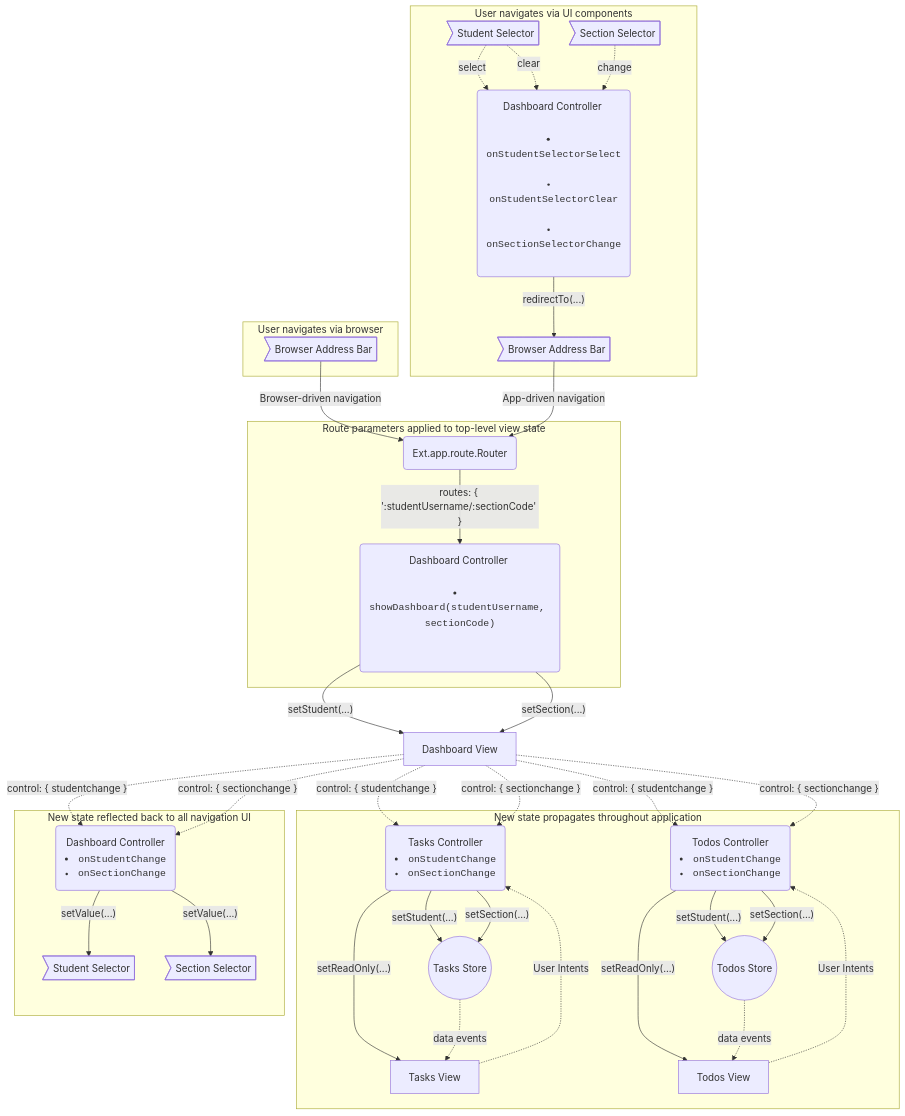
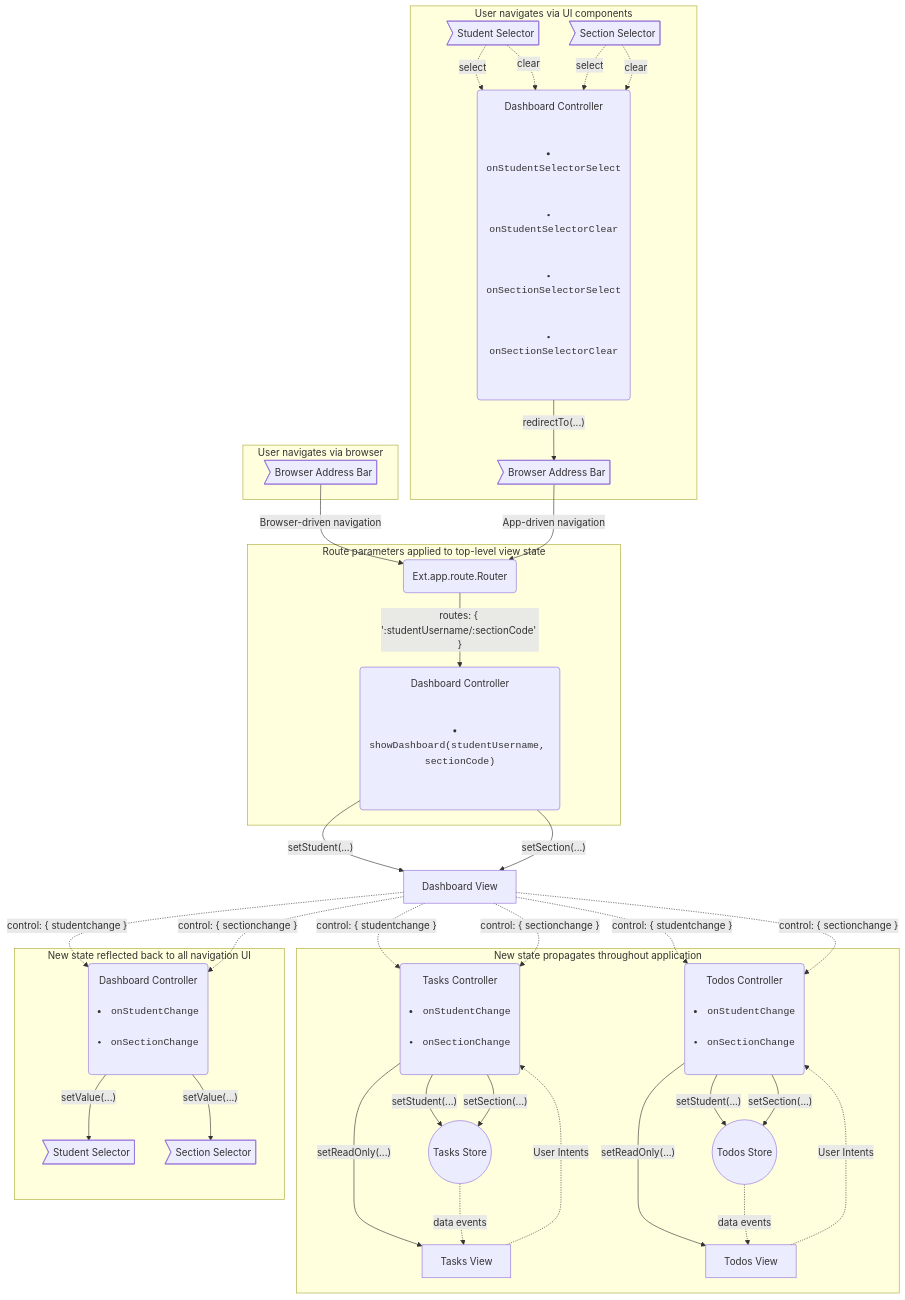
Before and after one commit to SlateFoundation/slate-cbl: the diagram in sencha-workspace/SlateTasksStudent/docs/state-flow.mmd, drawn with Mermaid.

Commit message:
Update graph to reflect change -> select/clear best practice and spread out HTML

```diff
--- a/sencha-workspace/SlateTasksStudent/docs/state-flow.mmd
+++ b/sencha-workspace/SlateTasksStudent/docs/state-flow.mmd
@@ -1,76 +1,104 @@
 graph TD
     VIEW_MAIN[Dashboard View]
 
     NAV_USER_HASH --> |Browser-driven navigation| ROUTER
     NAV_ROUTER_HASH --> |App-driven navigation| ROUTER
 
     CTRL_DASH_ROUTER --> |"setStudent(...)"| VIEW_MAIN
     CTRL_DASH_ROUTER --> |"setSection(...)"| VIEW_MAIN
 
     VIEW_MAIN -.-> |"control: { studentchange }"| CTRL_DASH_CHANGE
     VIEW_MAIN -.-> |"control: { sectionchange }"| CTRL_DASH_CHANGE
     VIEW_MAIN -.-> |"control: { studentchange }"| CTRL_TASKS
     VIEW_MAIN -.-> |"control: { sectionchange }"| CTRL_TASKS
     VIEW_MAIN -.-> |"control: { studentchange }"| CTRL_TODOS
     VIEW_MAIN -.-> |"control: { sectionchange }"| CTRL_TODOS
 
 
     subgraph User navigates via browser
         NAV_USER_HASH>Browser Address Bar]
     end
 
     subgraph User navigates via UI components
         NAV_STUDENT_IN>Student Selector]
         NAV_SECTION_IN>Section Selector]
-        CTRL_MAIN_NAV("Dashboard Controller <code>
- <li>onStudentSelectorSelect</li> <li>onStudentSelectorClear</li> <li>onSectionSelectorChange</li> </code>")
+        CTRL_MAIN_NAV("
+            Dashboard Controller
+            <code>
+                <li>onStudentSelectorSelect</li>
+                <li>onStudentSelectorClear</li>
+                <li>onSectionSelectorSelect</li>
+                <li>onSectionSelectorClear</li>
+            </code>
+        ")
 
         NAV_STUDENT_IN -.-> |select| CTRL_MAIN_NAV
         NAV_STUDENT_IN -.-> |clear| CTRL_MAIN_NAV
-        NAV_SECTION_IN -.-> |change| CTRL_MAIN_NAV
+        NAV_SECTION_IN -.-> |select| CTRL_MAIN_NAV
+        NAV_SECTION_IN -.-> |clear| CTRL_MAIN_NAV
 
         CTRL_MAIN_NAV --> |"redirectTo(...)"| NAV_ROUTER_HASH
     end
 
     subgraph Route parameters applied to top-level view state
         NAV_ROUTER_HASH>Browser Address Bar]
         ROUTER(Ext.app.route.Router)
-        CTRL_DASH_ROUTER("Dashboard Controller <code>
- <li>showDashboard(studentUsername, sectionCode)</li>
- </code>")
+        CTRL_DASH_ROUTER("
+            Dashboard Controller
+            <code>
+                <li>showDashboard(studentUsername, sectionCode)</li>
+            </code>
+        ")
 
         ROUTER --> |"routes: { ':studentUsername/:sectionCode' }"| CTRL_DASH_ROUTER
     end
 
     subgraph New state propagates throughout application
-        CTRL_TASKS("Tasks Controller <code>
- <li>onStudentChange</li> <li>onSectionChange</li> </code>")
-        CTRL_TODOS("Todos Controller <code> <li>onStudentChange</li> <li>onSectionChange</li> </code>")
+        CTRL_TASKS("
+            Tasks Controller
+            <code>
+                <li>onStudentChange</li>
+                <li>onSectionChange</li>
+            </code>
+        ")
+        CTRL_TODOS("
+            Todos Controller
+            <code>
+                <li>onStudentChange</li>
+                <li>onSectionChange</li>
+            </code>
+        ")
         STORE_TASKS((Tasks Store))
         STORE_TODOS((Todos Store))
         VIEW_TASKS[Tasks View]
         VIEW_TODOS[Todos View]
 
         CTRL_TASKS --> |"setReadOnly(...)"| VIEW_TASKS
         CTRL_TASKS --> |"setStudent(...)"| STORE_TASKS
         CTRL_TASKS --> |"setSection(...)"| STORE_TASKS
 
         CTRL_TODOS --> |"setReadOnly(...)"| VIEW_TODOS
         CTRL_TODOS --> |"setStudent(...)"| STORE_TODOS
         CTRL_TODOS --> |"setSection(...)"| STORE_TODOS
 
         STORE_TASKS -.-> |data events| VIEW_TASKS
         STORE_TODOS -.-> |data events| VIEW_TODOS
 
         VIEW_TASKS -.-> |User Intents| CTRL_TASKS
         VIEW_TODOS -.-> |User Intents| CTRL_TODOS
     end
 
     subgraph New state reflected back to all navigation UI
-        CTRL_DASH_CHANGE("Dashboard Controller <code><li>onStudentChange</li> <li>onSectionChange</li> </code>")
+        CTRL_DASH_CHANGE("
+            Dashboard Controller
+            <code>
+                <li>onStudentChange</li>
+                <li>onSectionChange</li>
+            </code>
+        ")
         NAV_STUDENT_OUT>Student Selector]
         NAV_SECTION_OUT>Section Selector]
 
         CTRL_DASH_CHANGE --> |"setValue(...)"| NAV_STUDENT_OUT
         CTRL_DASH_CHANGE --> |"setValue(...)"| NAV_SECTION_OUT
     end
```
